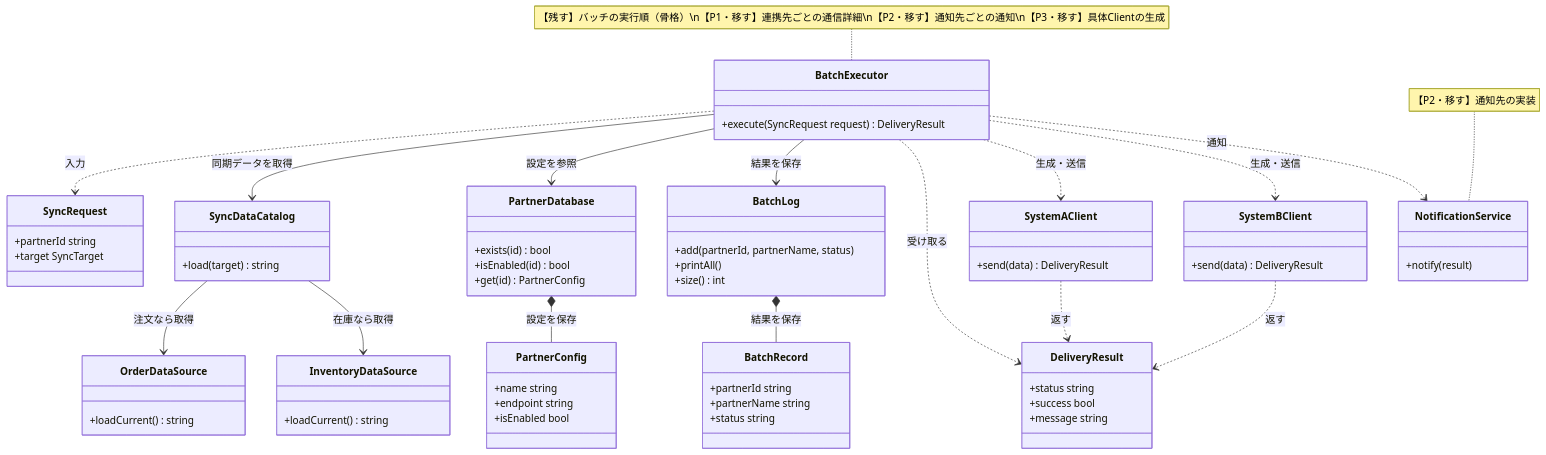
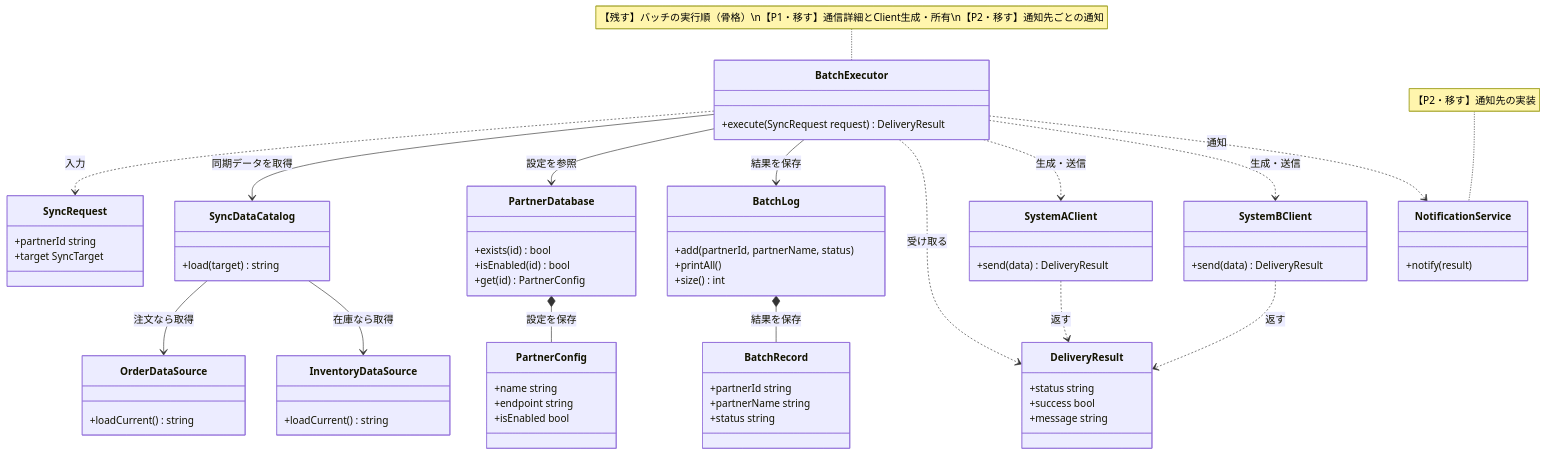
One commit to kumachan1101-pixel/DesignPattern changed the sixth of 12 diagrams in kindle/design-patterns/output/chapter10.md. Above: the diagram before and after it, drawn with Mermaid. The commit also changed other lines of this file and 18 other files, not shown here.

````diff
--- a/kindle/design-patterns/output/chapter10.md
+++ b/kindle/design-patterns/output/chapter10.md
@@ -1175,69 +1180,69 @@
 ```mermaid
 classDiagram
     class SyncRequest {
         +partnerId string
         +target SyncTarget
     }
     class OrderDataSource {
         +loadCurrent() string
     }
     class InventoryDataSource {
         +loadCurrent() string
     }
     class SyncDataCatalog {
         +load(target) string
     }
     class PartnerConfig {
         +name string
         +endpoint string
         +isEnabled bool
     }
     class PartnerDatabase {
         +exists(id) bool
         +isEnabled(id) bool
         +get(id) PartnerConfig
     }
     class DeliveryResult {
         +status string
         +success bool
         +message string
     }
     class BatchRecord {
         +partnerId string
         +partnerName string
         +status string
     }
     class BatchLog {
         +add(partnerId, partnerName, status)
         +printAll()
         +size() int
     }
     class BatchExecutor {
         +execute(SyncRequest request) DeliveryResult
     }
     class SystemAClient { +send(data) DeliveryResult }
     class SystemBClient { +send(data) DeliveryResult }
     class NotificationService { +notify(result) }
     PartnerDatabase *-- PartnerConfig : 設定を保存
     BatchLog *-- BatchRecord : 結果を保存
     SyncDataCatalog --> OrderDataSource : 注文なら取得
     SyncDataCatalog --> InventoryDataSource : 在庫なら取得
     BatchExecutor ..> SyncRequest : 入力
     BatchExecutor --> SyncDataCatalog : 同期データを取得
     BatchExecutor --> PartnerDatabase : 設定を参照
     BatchExecutor --> BatchLog : 結果を保存
     SystemAClient ..> DeliveryResult : 返す
     SystemBClient ..> DeliveryResult : 返す
     BatchExecutor ..> DeliveryResult : 受け取る
     BatchExecutor ..> SystemAClient : 生成・送信
     BatchExecutor ..> SystemBClient : 生成・送信
     BatchExecutor ..> NotificationService : 通知
 
-    note for BatchExecutor "【残す】バッチの実行順（骨格）\n【P1・移す】連携先ごとの通信詳細\n【P2・移す】通知先ごとの通知\n【P3・移す】具体Clientの生成"
+    note for BatchExecutor "【残す】バッチの実行順（骨格）\n【P1・移す】通信詳細とClient生成・所有\n【P2・移す】通知先ごとの通知"
     note for NotificationService "【P2・移す】通知先の実装"
 
     classDef focus fill:#FFF2CC,stroke:#D6B656,stroke-width:2px,color:#222222
     classDef stable fill:#E0F7FA,stroke:#0891B2,stroke-width:2px,color:#222222
     cssClass "BatchExecutor" focus
     cssClass "SyncRequest,OrderDataSource,InventoryDataSource,SyncDataCatalog,PartnerConfig,PartnerDatabase,DeliveryResult,BatchRecord,BatchLog" stable
 ```
````
